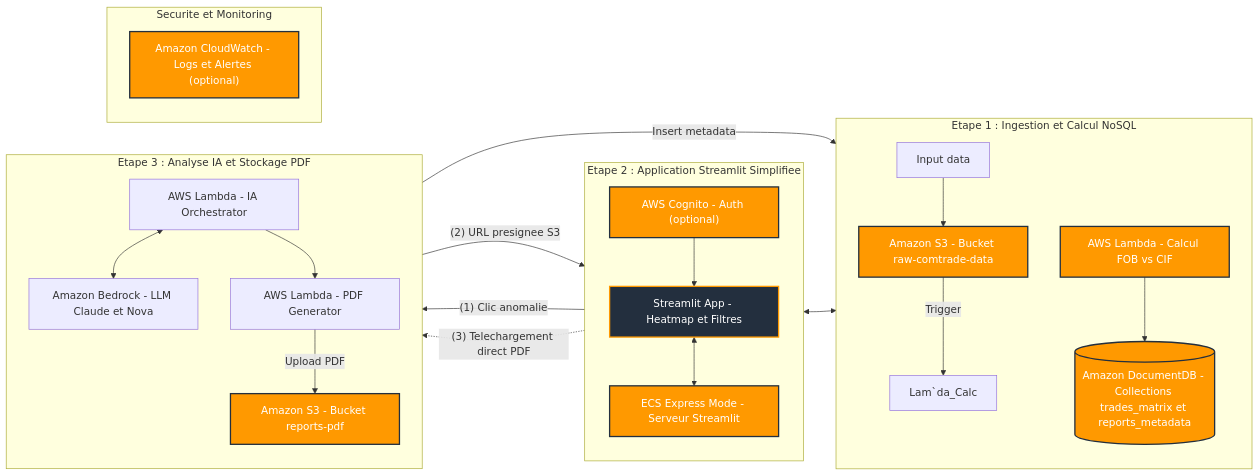
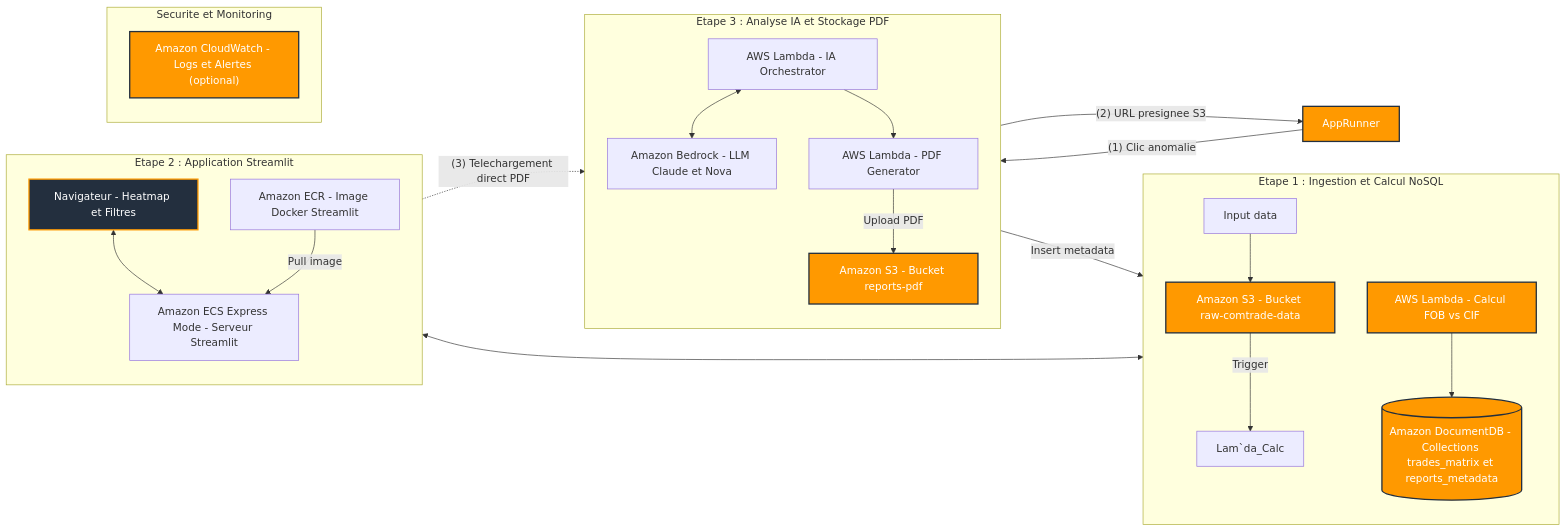
The diagram in architecture.md (Aymen-Belkacem/Cloudsys-project), drawn with Mermaid before and after one commit.

Commit message:
feat remade App part of architecture

````diff
--- a/architecture.md
+++ b/architecture.md
@@ -1,57 +1,57 @@
 ```mermaid
 graph LR
     subgraph DataPipeline ["Etape 1 : Ingestion et Calcul NoSQL"]
         direction TB
         InputData["Input data"]
         S3_Raw["Amazon S3 - Bucket raw-comtrade-data"]
         Lambda_Calc["AWS Lambda - Calcul FOB vs CIF"]
         %% Rules["Regles Anomalies : FOB plus grand que CIF ou Gap plus grand que 35%"]
         DocDB[("Amazon DocumentDB - Collections trades_matrix et reports_metadata")]
 
         InputData --> S3_Raw
         S3_Raw -- Trigger --> Lam`da_Calc
         %% Lambda_ETL --> Lambda_Calc
         Lambda_Calc --> DocDB
         %% Rules -.-> Lambda_Calc
     end
 
-    subgraph AppBackend ["Etape 2 : Application Streamlit Simplifiee"]
+    subgraph AppBackend ["Etape 2 : Application Streamlit"]
         direction TB
-        Cognito["AWS Cognito - Auth (optional)"]
-        UI["Streamlit App - Heatmap et Filtres"]
-        AppRunner["ECS Express Mode - Serveur Streamlit"]
+        UI["Navigateur - Heatmap et Filtres"]
+        ECR["Amazon ECR - Image Docker Streamlit"]
+        ECS["Amazon ECS Express Mode - Serveur Streamlit"]
 
-        Cognito --> UI
-        UI <--> AppRunner
-        AppRunner <--> DocDB
+        UI <--> ECS
+        ECR -- "Pull image" --> ECS
+        ECS <--> DocDB
     end
 
     subgraph AIGeneration ["Etape 3 : Analyse IA et Stockage PDF"]
         direction TB
         Lambda_AI["AWS Lambda - IA Orchestrator"]
         Bedrock["Amazon Bedrock - LLM Claude et Nova"]
         Lambda_PDF["AWS Lambda - PDF Generator"]
         S3_Reports["Amazon S3 - Bucket reports-pdf"]
 
         Lambda_AI <--> Bedrock
         Lambda_AI --> Lambda_PDF
         Lambda_PDF -- "Upload PDF" --> S3_Reports
         Lambda_PDF -- "Insert metadata" --> DocDB
     end
 
     subgraph Transversal ["Securite et Monitoring"]
         direction TB
         CloudWatch["Amazon CloudWatch - Logs et Alertes (optional)"]
     end
 
     AppRunner -- "(1) Clic anomalie" --> Lambda_AI
     Lambda_PDF -- "(2) URL presignee S3" --> AppRunner
     UI -. "(3) Telechargement direct PDF" .-> S3_Reports
 
     classDef aws fill:#FF9900,stroke:#232F3E,stroke-width:2px,color:#FFFFFF;
     classDef client fill:#232F3E,stroke:#FF9900,stroke-width:2px,color:#FFFFFF;
     classDef ai fill:#147EBA,stroke:#232F3E,stroke-width:2px,color:#FFFFFF;
 
     class S3_Raw,S3_Reports,Lambda_Calc,DocDB,Cognito,CloudWatch,AppRunner aws;
     class UI client;
 ```
````
